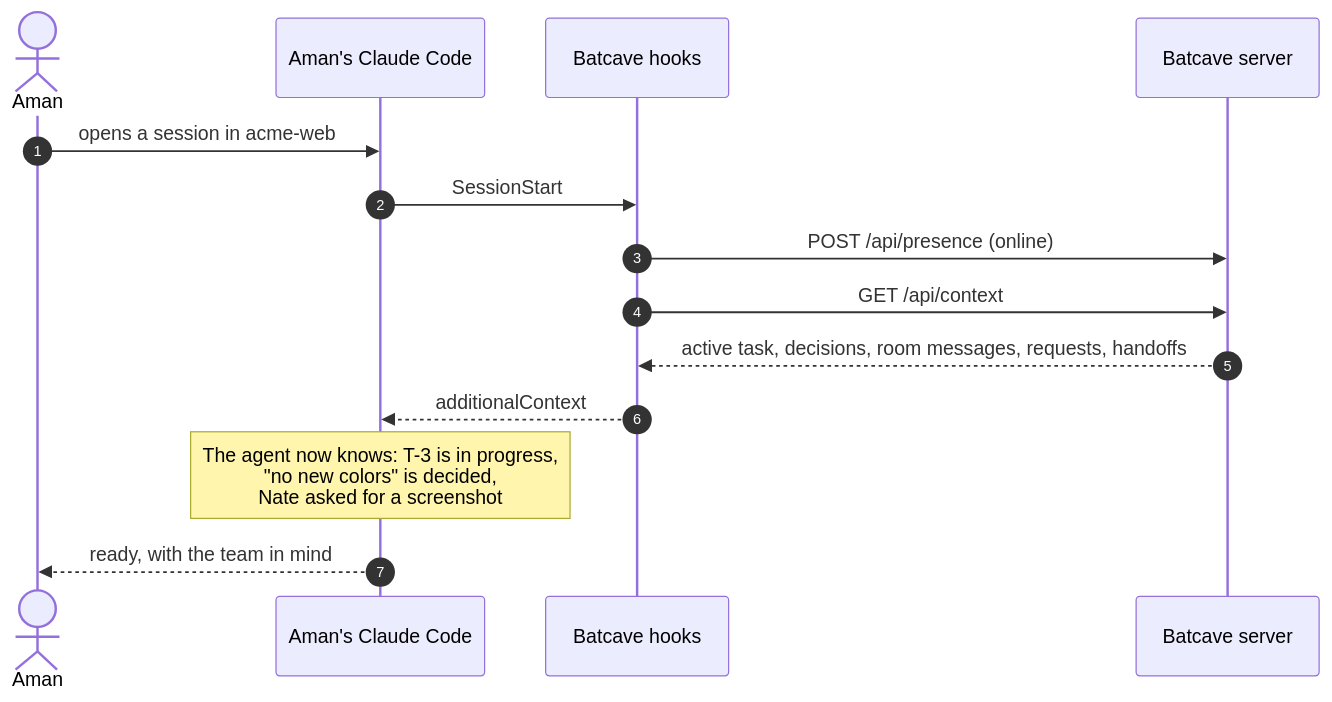
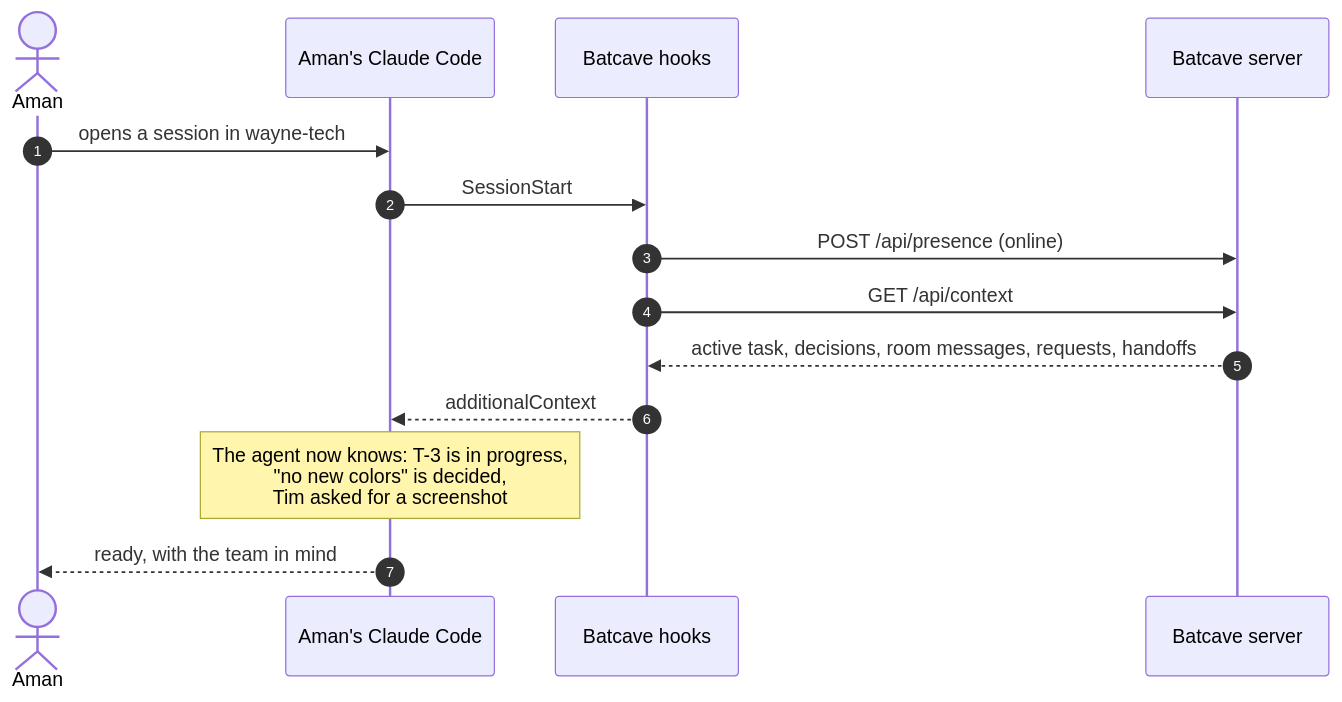
The first of 5 diagrams in docs/walkthrough.md (solanki-aman/batcave), drawn with Mermaid before and after one commit. The commit also changed other lines of this file and 14 other files, not shown here.

First line of the commit message:
New demo, wayne-tech team, drop Kiro and Windsurf

````diff
--- a/docs/walkthrough.md
+++ b/docs/walkthrough.md
@@ -9,17 +9,17 @@
 ```mermaid
 sequenceDiagram
     autonumber
     actor Aman
     participant CC as Aman's Claude Code
     participant Hook as Batcave hooks
     participant S as Batcave server
 
-    Aman->>CC: opens a session in acme-web
+    Aman->>CC: opens a session in wayne-tech
     CC->>Hook: SessionStart
     Hook->>S: POST /api/presence (online)
     Hook->>S: GET /api/context
     S-->>Hook: active task, decisions, room messages, requests, handoffs
     Hook-->>CC: additionalContext
-    Note over CC: The agent now knows: T-3 is in progress,<br/>"no new colors" is decided,<br/>Nate asked for a screenshot
+    Note over CC: The agent now knows: T-3 is in progress,<br/>"no new colors" is decided,<br/>Tim asked for a screenshot
     CC-->>Aman: ready, with the team in mind
 ```
````
